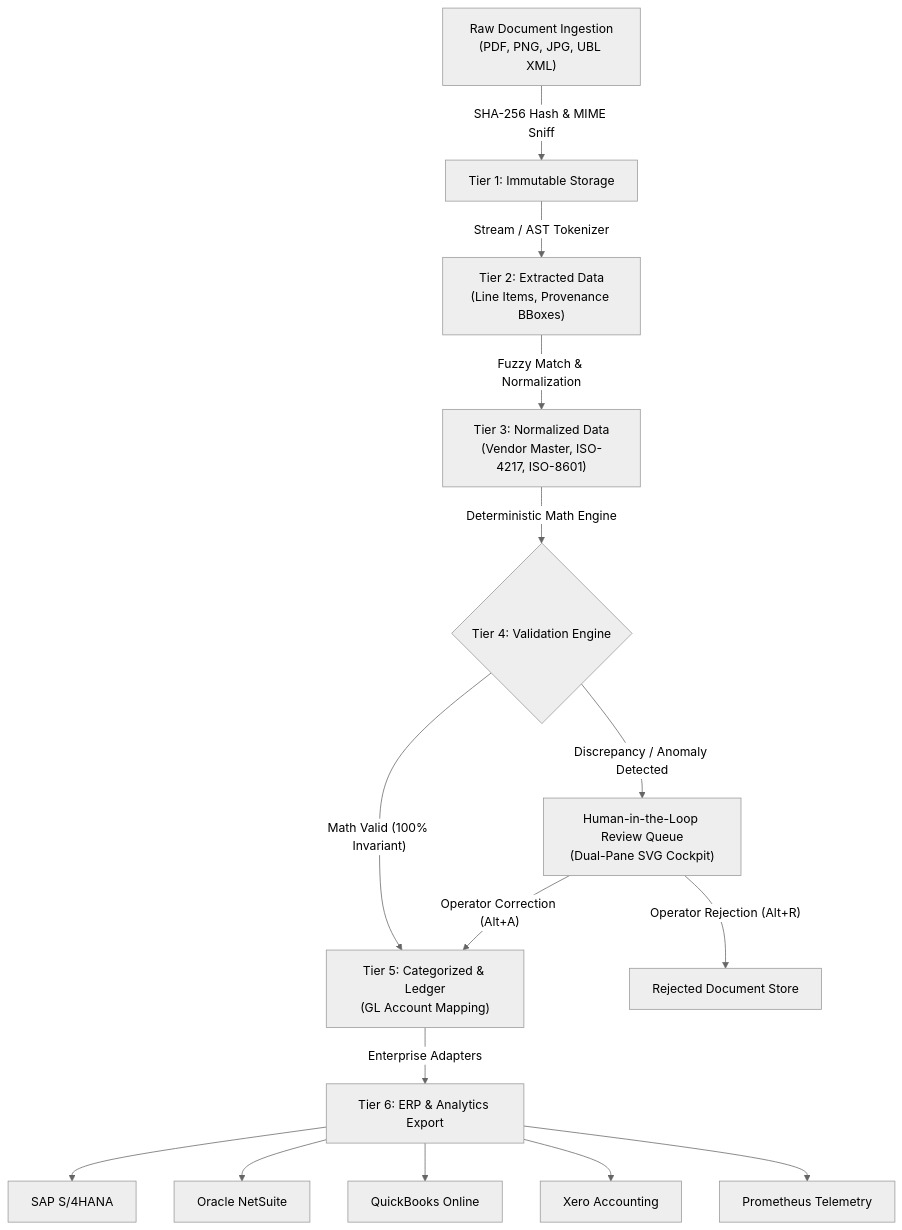
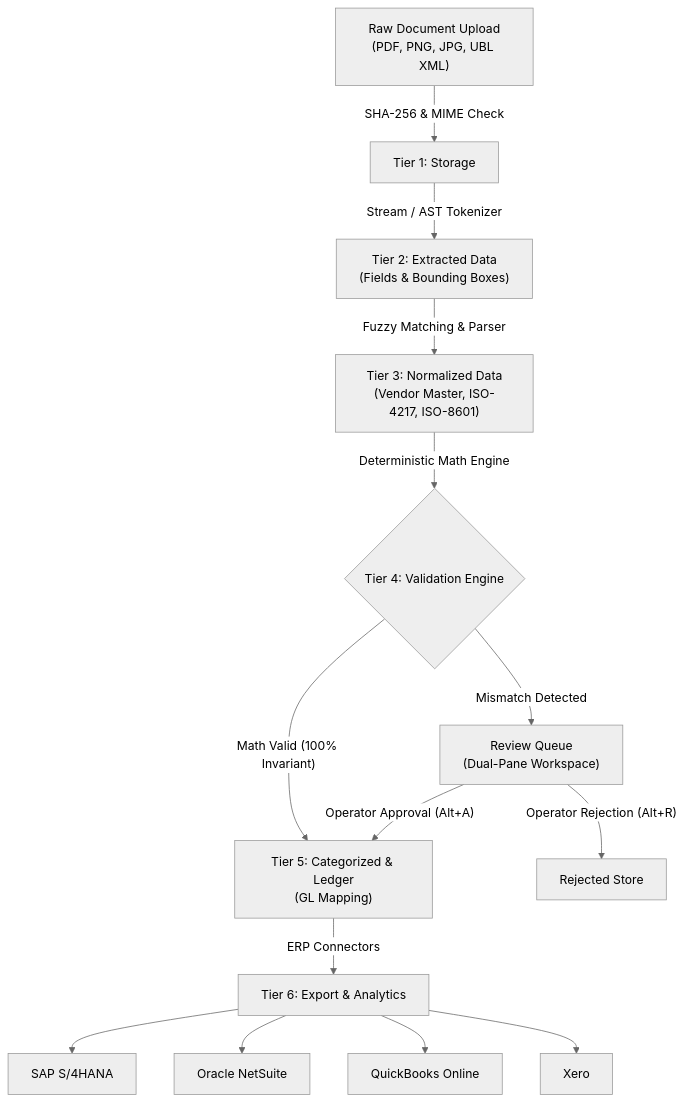
One commit to HamzaKhanBUIC/doc-intel-platform changed the diagram in README.md. Above: the diagram before and after it, drawn with Mermaid (neutral theme). The commit also changed other lines of this file and 7 other files, not shown here.

````diff
--- a/README.md
+++ b/README.md
@@ -76,20 +80,19 @@
 ```mermaid
 graph TD
-    A["Raw Document Ingestion<br/>(PDF, PNG, JPG, UBL XML)"] -->|"SHA-256 Hash & MIME Sniff"| B["Tier 1: Immutable Storage"]
-    B -->|"Stream / AST Tokenizer"| C["Tier 2: Extracted Data<br/>(Line Items, Provenance BBoxes)"]
-    C -->|"Fuzzy Match & Normalization"| D["Tier 3: Normalized Data<br/>(Vendor Master, ISO-4217, ISO-8601)"]
+    A["Raw Document Upload<br/>(PDF, PNG, JPG, UBL XML)"] -->|"SHA-256 & MIME Check"| B["Tier 1: Storage"]
+    B -->|"Stream / AST Tokenizer"| C["Tier 2: Extracted Data<br/>(Fields & Bounding Boxes)"]
+    C -->|"Fuzzy Matching & Parser"| D["Tier 3: Normalized Data<br/>(Vendor Master, ISO-4217, ISO-8601)"]
     D -->|"Deterministic Math Engine"| E{"Tier 4: Validation Engine"}
     
-    E -->|"Math Valid (100% Invariant)"| F["Tier 5: Categorized & Ledger<br/>(GL Account Mapping)"]
-    E -->|"Discrepancy / Anomaly Detected"| G["Human-in-the-Loop Review Queue<br/>(Dual-Pane SVG Cockpit)"]
+    E -->|"Math Valid (100% Invariant)"| F["Tier 5: Categorized & Ledger<br/>(GL Mapping)"]
+    E -->|"Mismatch Detected"| G["Review Queue<br/>(Dual-Pane Workspace)"]
     
-    G -->|"Operator Correction (Alt+A)"| F
-    G -->|"Operator Rejection (Alt+R)"| H["Rejected Document Store"]
+    G -->|"Operator Approval (Alt+A)"| F
+    G -->|"Operator Rejection (Alt+R)"| H["Rejected Store"]
     
-    F -->|"Enterprise Adapters"| I["Tier 6: ERP & Analytics Export"]
+    F -->|"ERP Connectors"| I["Tier 6: Export & Analytics"]
     I --> J["SAP S/4HANA"]
     I --> K["Oracle NetSuite"]
     I --> L["QuickBooks Online"]
-    I --> M["Xero Accounting"]
-    I --> N["Prometheus Telemetry"]
+    I --> M["Xero"]
 ```
````
